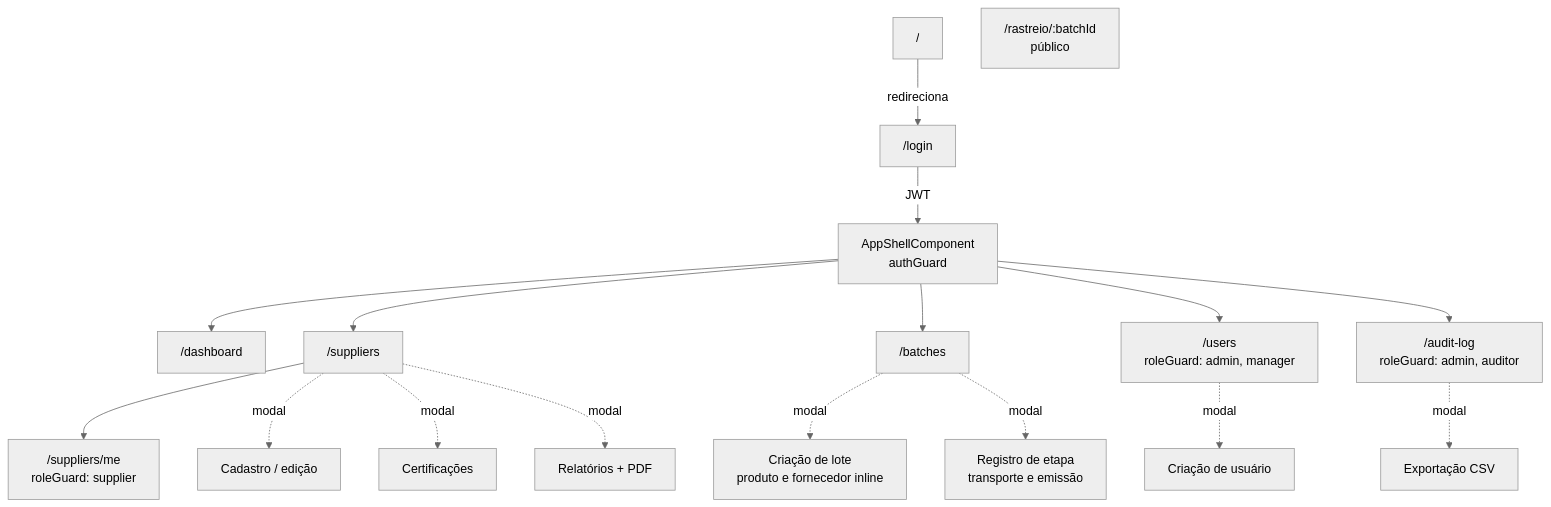
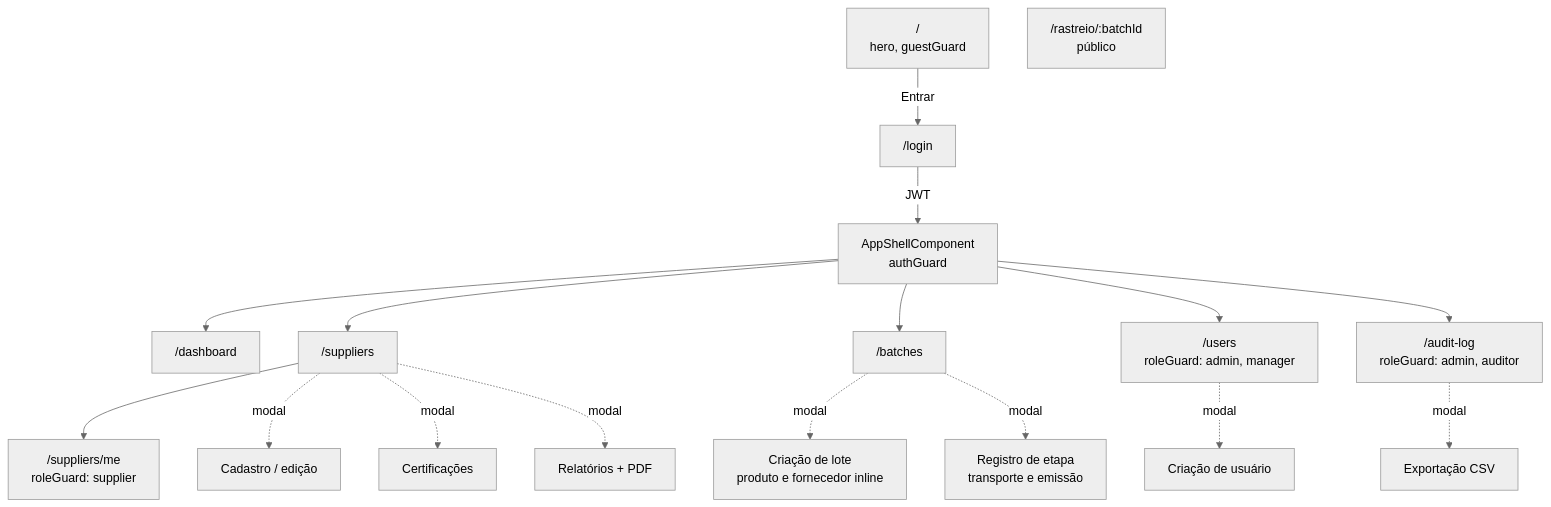
One commit to matheusnascimentods/supply-chain-verde-web changed the third of 4 diagrams in README.md. Above: the diagram before and after it, drawn with Mermaid (neutral theme). The commit also changed other lines of this file and 2 other files, not shown here.

First line of the commit message:
docs: adiciona a hero section e as capturas de tela ao README

````diff
--- a/README.md
+++ b/README.md
@@ -157,19 +158,19 @@
 ```mermaid
 flowchart TD
-    Root["/"] -->|redireciona| Login["/login"]
+    Root["/<br/>hero, guestGuard"] -->|Entrar| Login["/login"]
     Public["/rastreio/:batchId<br/>público"]
     Login -->|JWT| Shell["AppShellComponent<br/>authGuard"]
     Shell --> Dashboard["/dashboard"]
     Shell --> Suppliers["/suppliers"]
     Shell --> Batches["/batches"]
     Shell --> Users["/users<br/>roleGuard: admin, manager"]
     Shell --> Audit["/audit-log<br/>roleGuard: admin, auditor"]
     Suppliers --> Me["/suppliers/me<br/>roleGuard: supplier"]
     Suppliers -.modal.-> SupplierForm[Cadastro / edição]
     Suppliers -.modal.-> Certs[Certificações]
     Suppliers -.modal.-> Reports[Relatórios + PDF]
     Batches -.modal.-> BatchCreate[Criação de lote<br/>produto e fornecedor inline]
     Batches -.modal.-> Stage[Registro de etapa<br/>transporte e emissão]
     Users -.modal.-> UserCreate[Criação de usuário]
     Audit -.modal.-> Csv[Exportação CSV]
 ```
````
